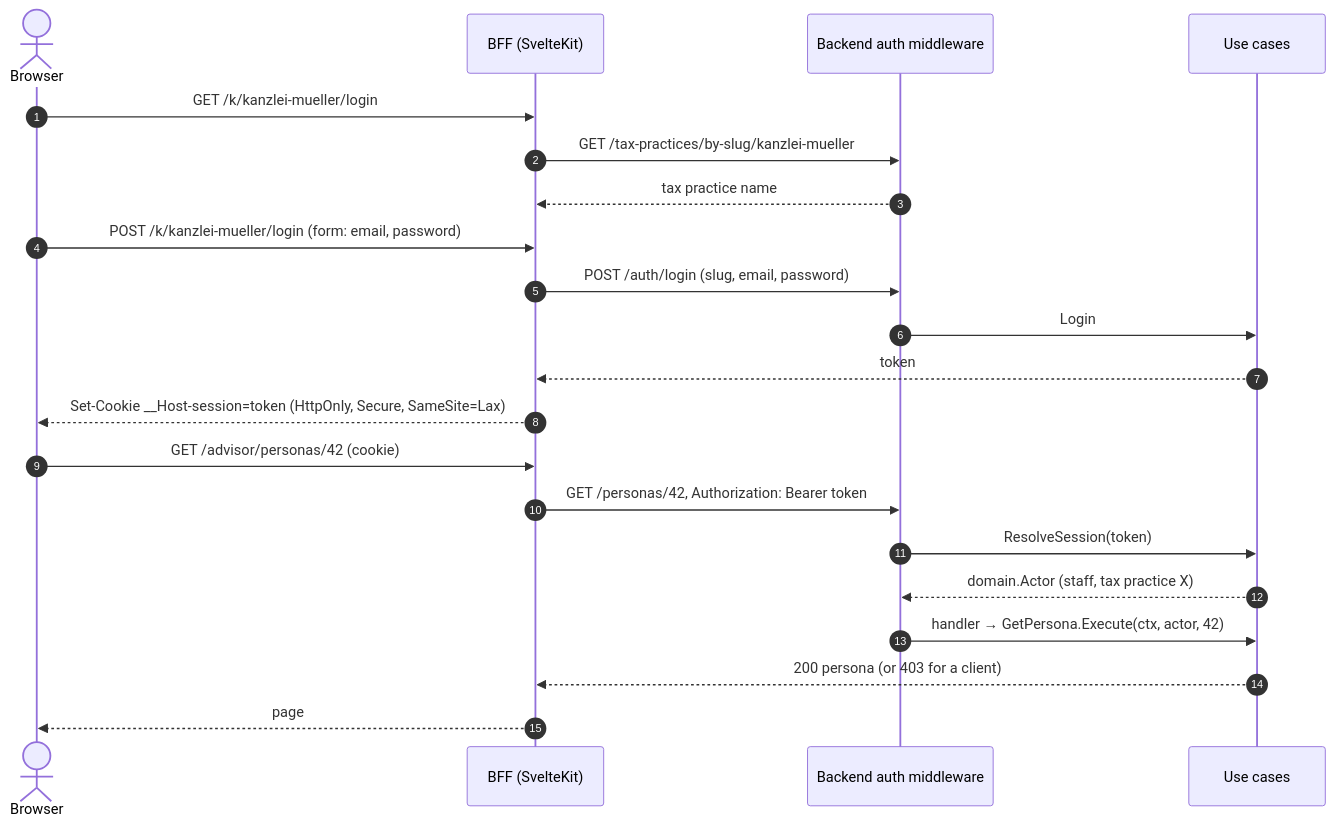
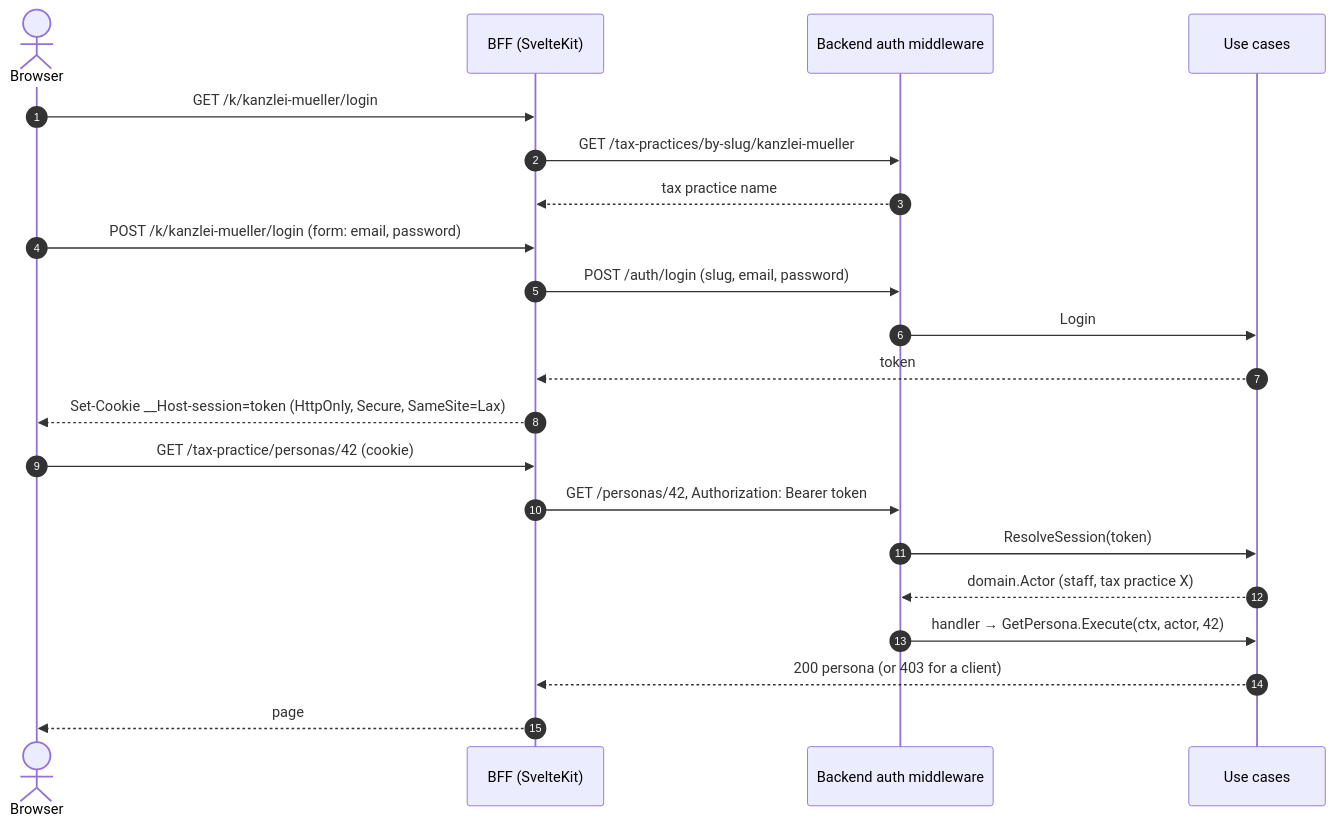
The second of 2 diagrams in backend/docs/AUTHENTICATION.md (TimoSto/tax-return-organizer), drawn with Mermaid before and after one commit. The commit also changed other lines of this file and 24 other files, not shown here.

````diff
--- a/backend/docs/AUTHENTICATION.md
+++ b/backend/docs/AUTHENTICATION.md
@@ -149,25 +149,25 @@
 ```mermaid
 sequenceDiagram
     autonumber
     actor B as Browser
     participant F as BFF (SvelteKit)
     participant M as Backend auth middleware
     participant UC as Use cases
 
     B->>F: GET /k/kanzlei-mueller/login
     F->>M: GET /tax-practices/by-slug/kanzlei-mueller
     M-->>F: tax practice name
     B->>F: POST /k/kanzlei-mueller/login (form: email, password)
     F->>M: POST /auth/login (slug, email, password)
     M->>UC: Login
     UC-->>F: token
     F-->>B: Set-Cookie __Host-session=token (HttpOnly, Secure, SameSite=Lax)
 
-    B->>F: GET /advisor/personas/42 (cookie)
+    B->>F: GET /tax-practice/personas/42 (cookie)
     F->>M: GET /personas/42, Authorization: Bearer token
     M->>UC: ResolveSession(token)
     UC-->>M: domain.Actor (staff, tax practice X)
     M->>UC: handler → GetPersona.Execute(ctx, actor, 42)
     UC-->>F: 200 persona (or 403 for a client)
     F-->>B: page
 ```
````
